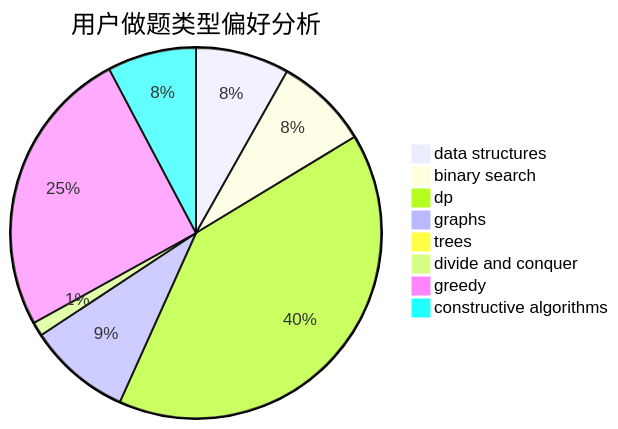
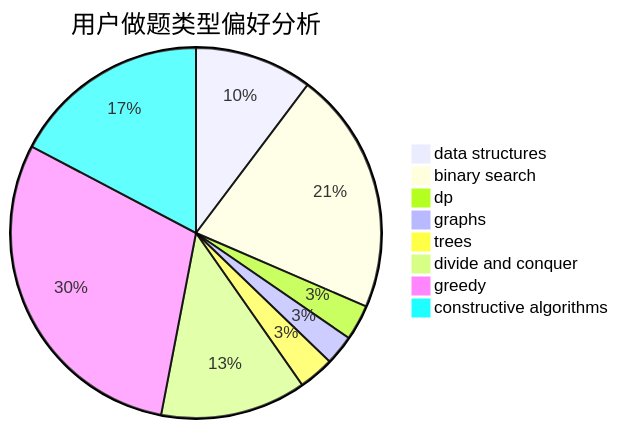
One commit to sherpahu/cfrs.github.io changed the second of 3 diagrams in docs/user/u977.md. Above: the diagram before and after it, drawn with Mermaid. The commit also changed other lines of this file and 2770 other files, not shown here.

````diff
--- a/docs/user/u977.md
+++ b/docs/user/u977.md
@@ -23,11 +23,11 @@
 ```mermaid
 pie title 用户做题类型偏好分析
-    "data structures" :  20
-    "binary search" :  20
-    "dp" :  99
-    "graphs" :  22
-    "trees" :  1
-    "divide and conquer" :  3
-    "greedy" :  62
-    "constructive algorithms" :  19
+    "data structures" :  63
+    "binary search" :  130
+    "dp" :  19
+    "graphs" :  16
+    "trees" :  19
+    "divide and conquer" :  78
+    "greedy" :  182
+    "constructive algorithms" :  106
 ```
````
